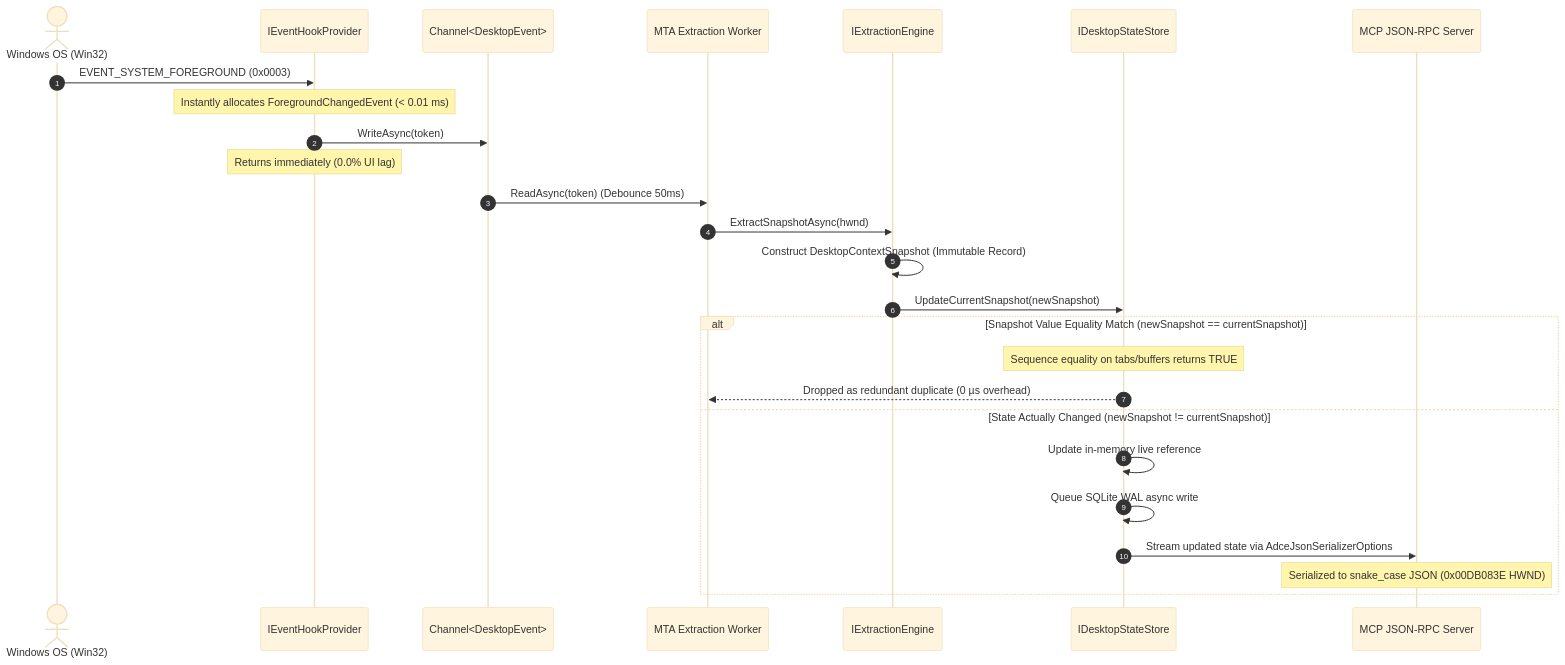
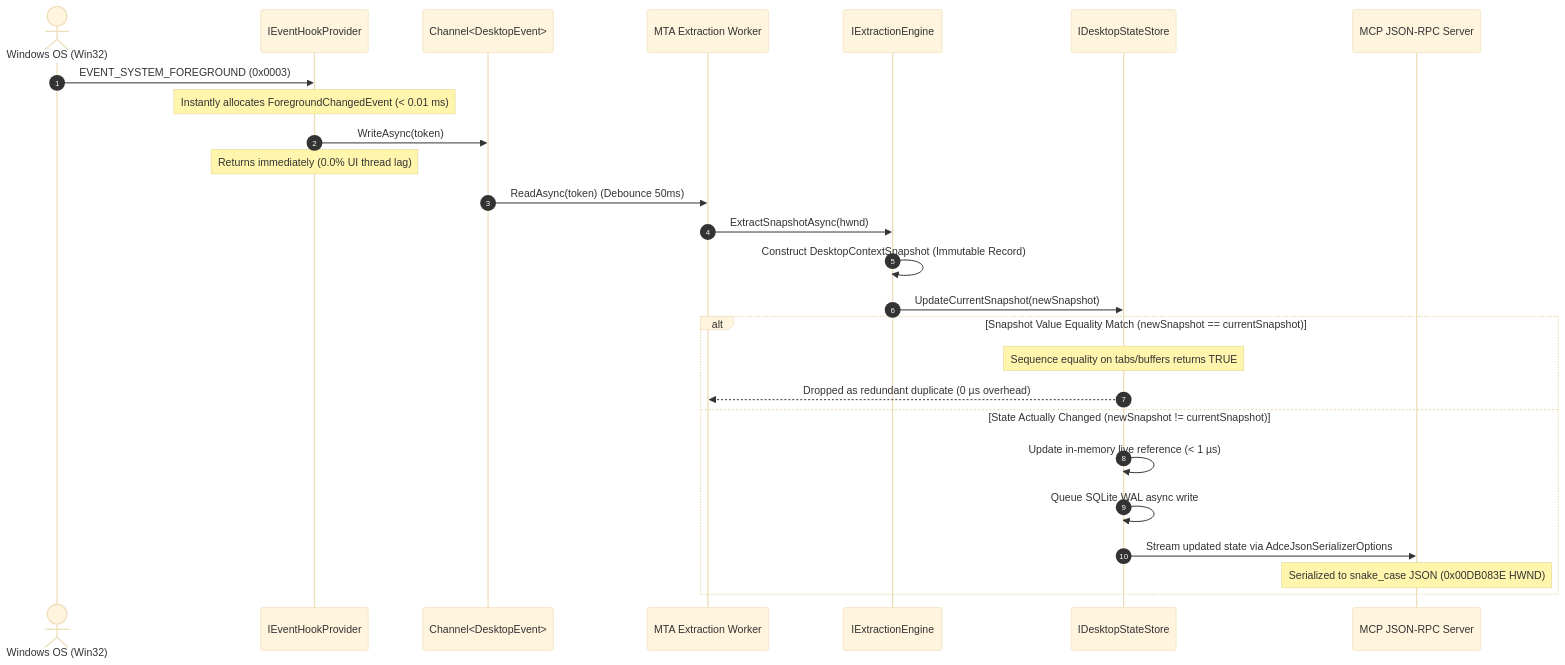
Before and after one commit to amirf147/active-desktop-context-engine: the fifth of 5 diagrams in docs/ADCE_CORE_DEEP_DIVE.md, drawn with Mermaid (base theme). The commit also changed other lines of this file and 4 other files, not shown here.

First line of the commit message:
docs(architecture): add Gate 2 hostile review and deep-dive documentation

````diff
--- a/docs/ADCE_CORE_DEEP_DIVE.md
+++ b/docs/ADCE_CORE_DEEP_DIVE.md
@@ -20,31 +344,31 @@
 ```mermaid
 sequenceDiagram
     autonumber
     actor OS as Windows OS (Win32)
     participant Hook as IEventHookProvider
     participant Chan as Channel<DesktopEvent>
     participant Worker as MTA Extraction Worker
     participant Extractor as IExtractionEngine
     participant Store as IDesktopStateStore
     participant MCP as MCP JSON-RPC Server
 
     OS->>Hook: EVENT_SYSTEM_FOREGROUND (0x0003)
     Note over Hook: Instantly allocates ForegroundChangedEvent (< 0.01 ms)
     Hook->>Chan: WriteAsync(token)
-    Note over Hook: Returns immediately (0.0% UI lag)
+    Note over Hook: Returns immediately (0.0% UI thread lag)
 
     Chan->>Worker: ReadAsync(token) (Debounce 50ms)
     Worker->>Extractor: ExtractSnapshotAsync(hwnd)
     Extractor->>Extractor: Construct DesktopContextSnapshot (Immutable Record)
     Extractor->>Store: UpdateCurrentSnapshot(newSnapshot)
 
     alt Snapshot Value Equality Match (newSnapshot == currentSnapshot)
         Note over Store: Sequence equality on tabs/buffers returns TRUE
         Store-->>Worker: Dropped as redundant duplicate (0 µs overhead)
     else State Actually Changed (newSnapshot != currentSnapshot)
-        Store->>Store: Update in-memory live reference
+        Store->>Store: Update in-memory live reference (< 1 µs)
         Store->>Store: Queue SQLite WAL async write
         Store->>MCP: Stream updated state via AdceJsonSerializerOptions
         Note over MCP: Serialized to snake_case JSON (0x00DB083E HWND)
     end
 ```
````
